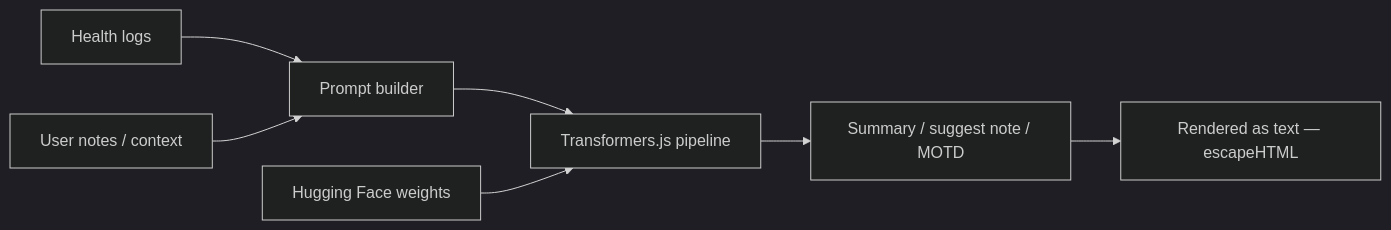
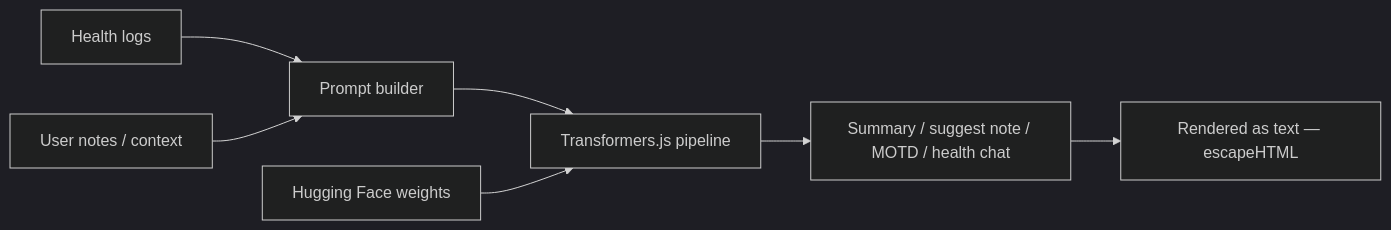
The fourth of 5 diagrams in docs/threat-model.md (Metaheurist/Rianell), drawn with Mermaid (dark theme) before and after one commit. The commit also changed other lines of this file and 49 other files, not shown here.

Commit message:
feat(pwa): Home AI discovery cards and ephemeral health chat

````diff
--- a/docs/threat-model.md
+++ b/docs/threat-model.md
@@ -149,9 +149,9 @@
 ```mermaid
 flowchart LR
   Logs[Health logs] --> Prompt[Prompt builder]
   Settings[User notes / context] --> Prompt
   Prompt --> LLM[Transformers.js pipeline]
   HF[Hugging Face weights] --> LLM
-  LLM --> Output[Summary / suggest note / MOTD]
+  LLM --> Output[Summary / suggest note / MOTD / health chat]
   Output --> UI[Rendered as text — escapeHTML]
 ```
````
